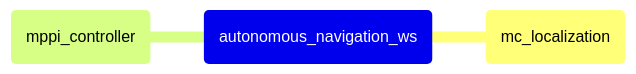
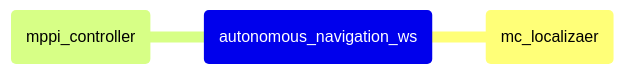
Before and after one commit to wontothree/autonomous_navigation_ws: the diagram in README.md, drawn with Mermaid. The commit also changed other lines of this file, not shown here.

````diff
--- a/README.md
+++ b/README.md
@@ -43,6 +45,6 @@
 ```mermaid
 mindmap
   root(autonomous_navigation_ws)
-    (mc_localization)
+    (mc_localizaer)
     (mppi_controller)
 ```
````
